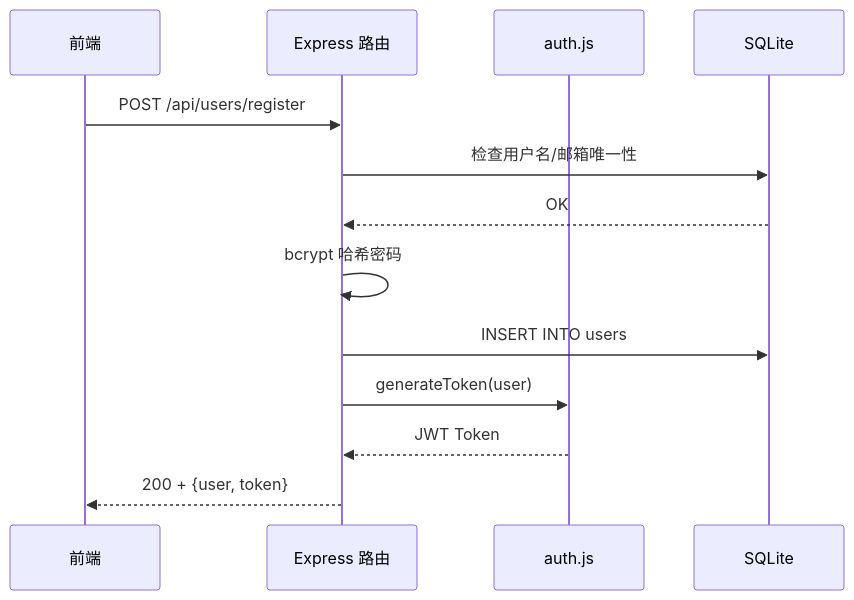
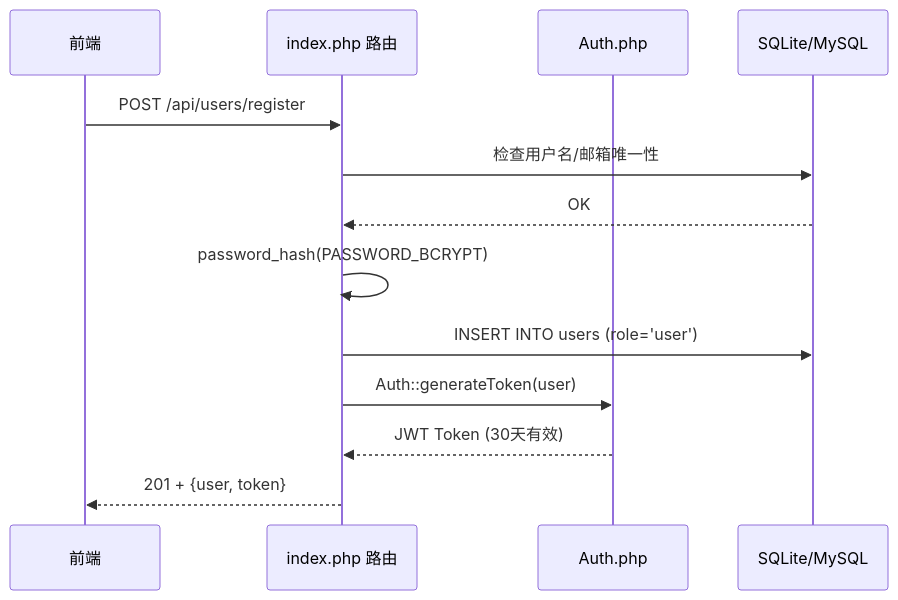
One commit to muzikeji/shortcut changed the second of 4 diagrams in .monkeycode/docs/ARCHITECTURE.md. Above: the diagram before and after it, drawn with Mermaid. The commit also changed other lines of this file and 14 other files, not shown here.

````diff
--- a/.monkeycode/docs/ARCHITECTURE.md
+++ b/.monkeycode/docs/ARCHITECTURE.md
@@ -178,16 +241,16 @@
 ```mermaid
 sequenceDiagram
     participant Client as 前端
-    participant API as Express 路由
-    participant Auth as auth.js
-    participant DB as SQLite
+    participant API as index.php 路由
+    participant Auth as Auth.php
+    participant DB as SQLite/MySQL
 
     Client->>API: POST /api/users/register
     API->>DB: 检查用户名/邮箱唯一性
     DB-->>API: OK
-    API->>API: bcrypt 哈希密码
-    API->>DB: INSERT INTO users
-    API->>Auth: generateToken(user)
-    Auth-->>API: JWT Token
-    API-->>Client: 200 + {user, token}
+    API->>API: password_hash(PASSWORD_BCRYPT)
+    API->>DB: INSERT INTO users (role='user')
+    API->>Auth: Auth::generateToken(user)
+    Auth-->>API: JWT Token (30天有效)
+    API-->>Client: 201 + {user, token}
 ```
````
